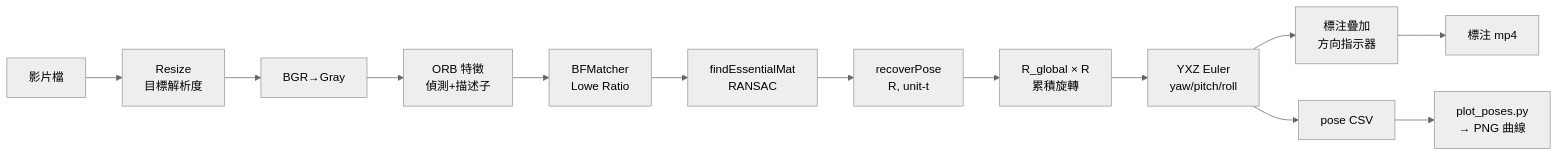
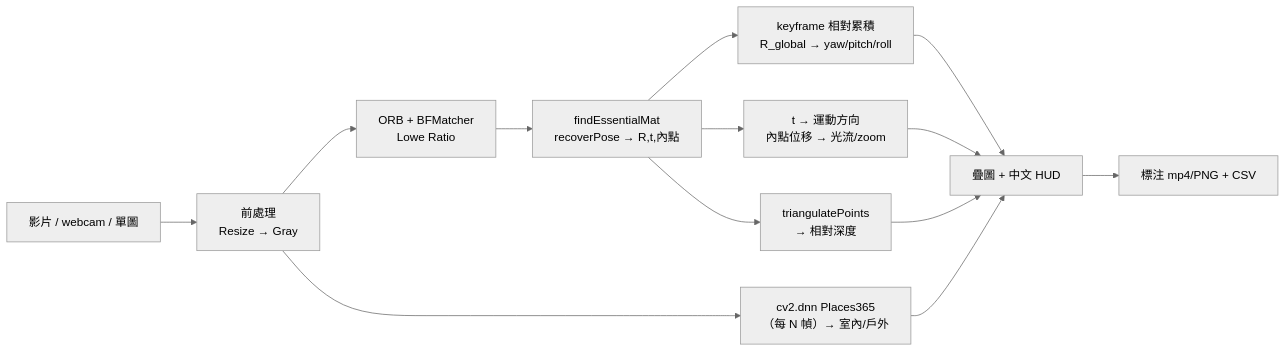
One commit to gordonpow/-Embedded-image-processing changed the diagram in 2/readme.md. Above: the diagram before and after it, drawn with Mermaid (neutral theme). The commit also changed other lines of this file, not shown here.

````diff
--- a/2/readme.md
+++ b/2/readme.md
@@ -52,15 +54,12 @@
 ```mermaid
 flowchart LR
-    VIDEO[影片檔] --> RESIZE[Resize\n目標解析度]
-    RESIZE --> GRAY[BGR→Gray]
-    GRAY --> ORB[ORB 特徵\n偵測+描述子]
-    ORB --> MATCH[BFMatcher\nLowe Ratio]
-    MATCH --> ESSENTIAL[findEssentialMat\nRANSAC]
-    ESSENTIAL --> RECOVER[recoverPose\nR, unit-t]
-    RECOVER --> ACCUM[R_global × R\n累積旋轉]
-    ACCUM --> EULER[YXZ Euler\nyaw/pitch/roll]
-    EULER --> VIZ[標注疊加\n方向指示器]
-    VIZ --> OUT_MP4[標注 mp4]
-    EULER --> OUT_CSV[pose CSV]
-    OUT_CSV --> PLOT[plot_poses.py\n→ PNG 曲線]
+    SRC["影片 / webcam / 單圖"] --> PRE["前處理\nResize → Gray"]
+    PRE --> ORB["ORB + BFMatcher\nLowe Ratio"]
+    ORB --> EM["findEssentialMat\nrecoverPose → R,t,內點"]
+    EM --> POSE["keyframe 相對累積\nR_global → yaw/pitch/roll"]
+    EM --> MOT["t → 運動方向\n內點位移 → 光流/zoom"]
+    EM --> DEP["triangulatePoints\n→ 相對深度"]
+    PRE --> SCN["cv2.dnn Places365\n（每 N 幀）→ 室內/戶外"]
+    POSE & MOT & DEP & SCN --> VIZ["疊圖 + 中文 HUD"]
+    VIZ --> OUT["標注 mp4/PNG + CSV"]
 ```
````
